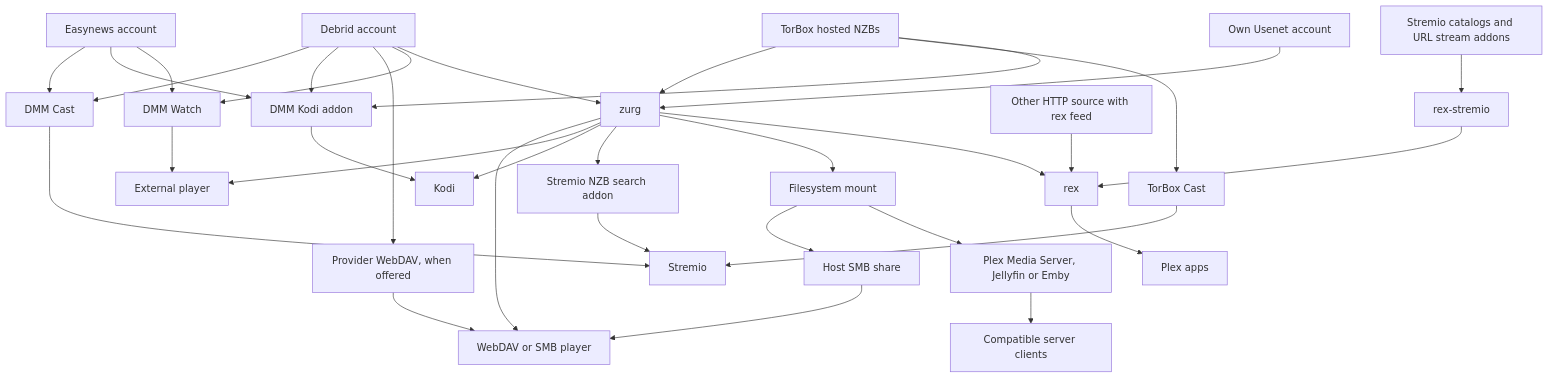
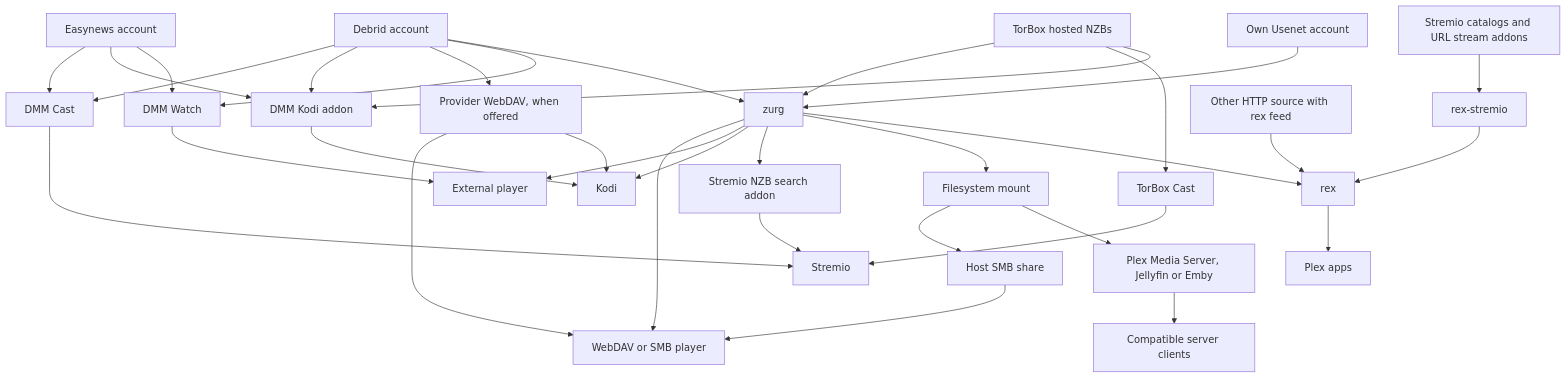
One commit to debridmediamanager/notes changed the first of 3 diagrams in guides/choose-your-setup.md. Above: the diagram before and after it, drawn with Mermaid. The commit also changed 1 other file, not shown here.

Commit message:
docs: add provider WebDAV to Kodi in the playback map

````diff
--- a/guides/choose-your-setup.md
+++ b/guides/choose-your-setup.md
@@ -48,35 +48,36 @@
 ```mermaid
 flowchart TD
     A[Debrid account] --> B[DMM Cast]
     E[Easynews account] --> B
     B --> C[Stremio]
     A --> K[DMM Kodi addon]
     E --> K
     K --> KD[Kodi]
     A --> D[Provider WebDAV, when offered]
     D --> W[WebDAV or SMB player]
+    D --> KD
     A --> V[DMM Watch]
     E --> V
     V --> F[External player]
     A --> Z[zurg]
     N[Own Usenet account] --> Z
     T2[TorBox hosted NZBs] --> Z
     T2 --> TC[TorBox Cast]
     TC --> C
     T2 --> K
     Z --> W[WebDAV or SMB player]
     Z --> F
     Z --> KD
     Z --> ZA[Stremio NZB search addon]
     ZA --> C
     Z --> M[Filesystem mount]
     M --> SMB[Host SMB share]
     SMB --> W
     M --> S[Plex Media Server, Jellyfin or Emby]
     S --> P[Compatible server clients]
     Z --> R[rex]
     T[Stremio catalogs and URL stream addons] --> X[rex-stremio]
     X --> R
     H[Other HTTP source with rex feed] --> R
     R --> Q[Plex apps]
 ```
````
